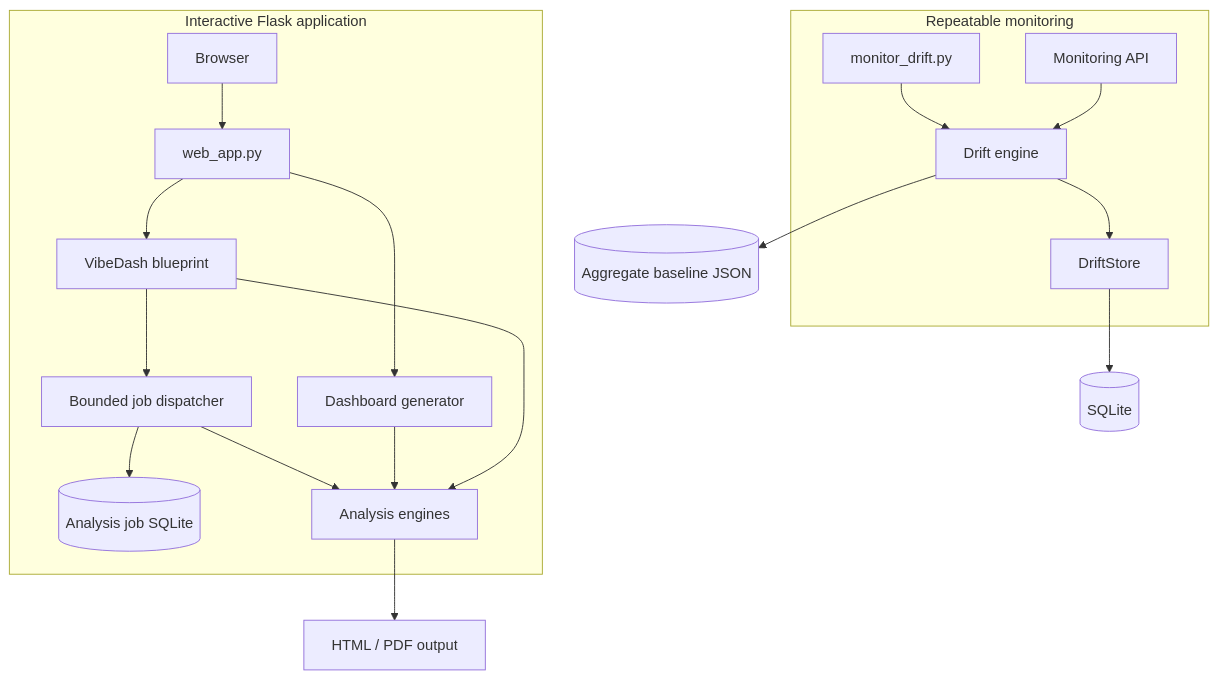
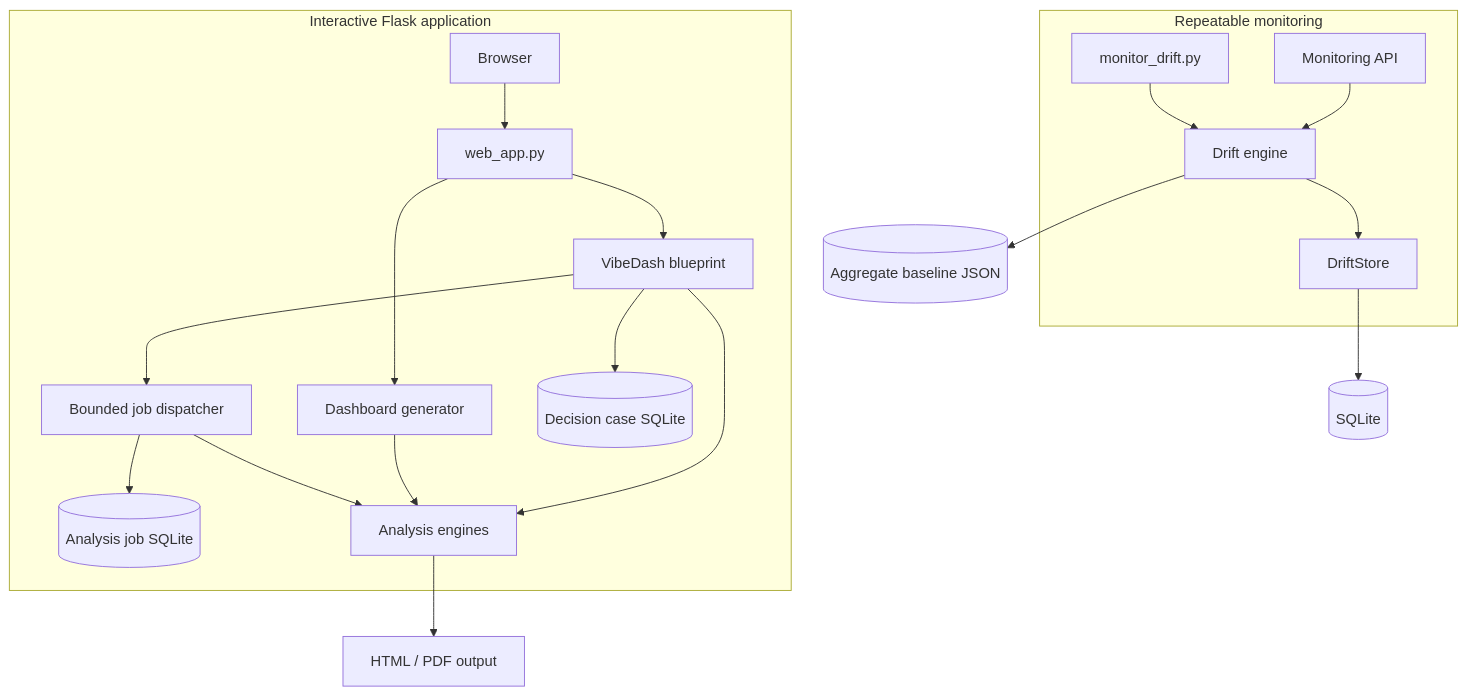
One commit to NikitaMarshchonok/data-prism changed the first of 3 diagrams in docs/ARCHITECTURE.md. Above: the diagram before and after it, drawn with Mermaid. The commit also changed other lines of this file and 15 other files, not shown here.

````diff
--- a/docs/ARCHITECTURE.md
+++ b/docs/ARCHITECTURE.md
@@ -18,23 +18,24 @@
 ```mermaid
 flowchart TB
     subgraph Interactive[Interactive Flask application]
         U[Browser] --> W[web_app.py]
         W --> DG[Dashboard generator]
         W --> VD[VibeDash blueprint]
         VD --> JQ[Bounded job dispatcher]
         JQ --> JS[(Analysis job SQLite)]
+        VD --> DC[(Decision case SQLite)]
         JQ --> AN
         DG --> AN[Analysis engines]
         VD --> AN
     end
 
     subgraph Monitoring[Repeatable monitoring]
         C[monitor_drift.py] --> DD[Drift engine]
         API[Monitoring API] --> DD
         DD --> DS[DriftStore]
     end
 
     AN --> R[HTML / PDF output]
     DS --> SQ[(SQLite)]
     DD --> BP[(Aggregate baseline JSON)]
 ```
````
